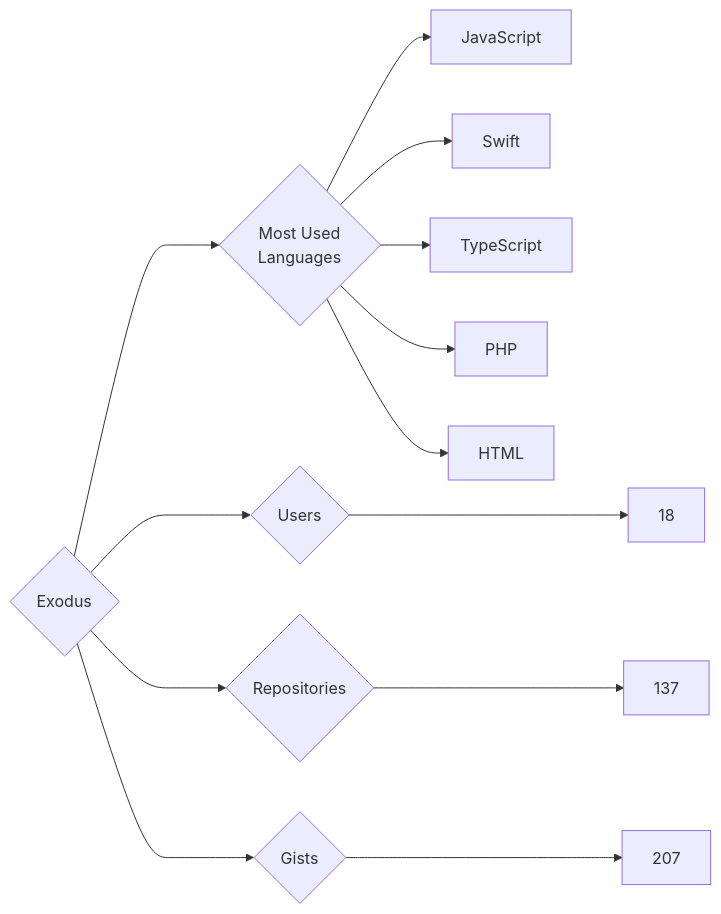
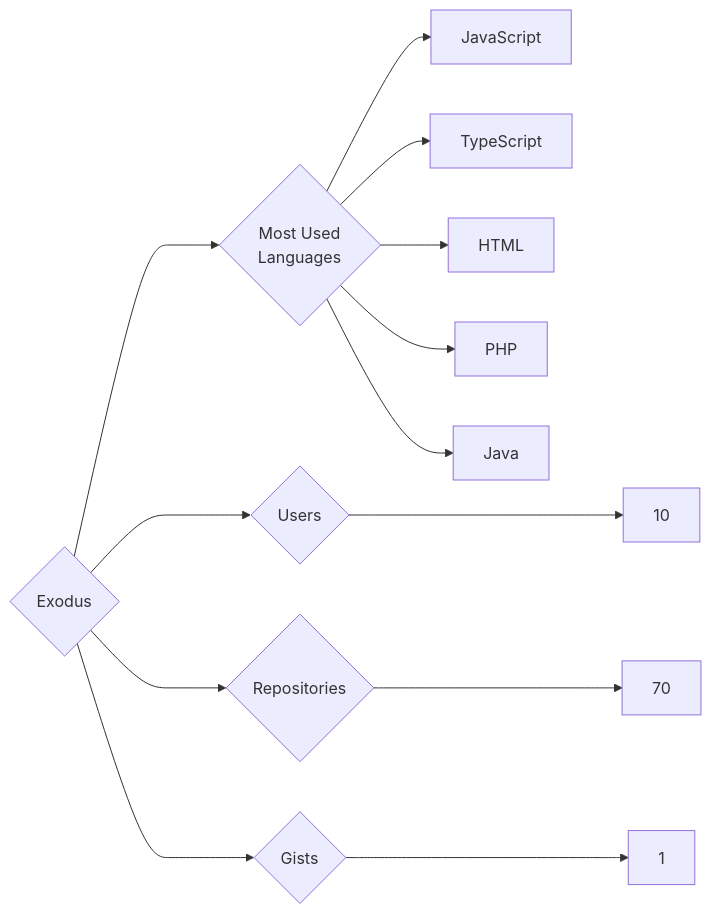
Before and after one commit to trickest/insiders: the diagram in targets/Exodus/README.md, drawn with Mermaid. The commit also changed 752 other files, not shown here.

````diff
--- a/targets/Exodus/README.md
+++ b/targets/Exodus/README.md
@@ -3,13 +3,13 @@
 ```mermaid
 graph LR
 COMPANY_NAME{Exodus}
-COMPANY_NAME ---> U{Users} ---> UN[18]
-COMPANY_NAME ---> R{Repositories} ---> RN[137]
-COMPANY_NAME ---> G{Gists} ---> GN[207]
+COMPANY_NAME ---> U{Users} ---> UN[10]
+COMPANY_NAME ---> R{Repositories} ---> RN[70]
+COMPANY_NAME ---> G{Gists} ---> GN[1]
 COMPANY_NAME ---> ML{Most Used<br>Languages}
 ML --> JavaScript[JavaScript]
-ML --> Swift[Swift]
 ML --> TypeScript[TypeScript]
+ML --> HTML[HTML]
 ML --> PHP[PHP]
-ML --> HTML[HTML]
+ML --> Java[Java]
 ```
````
